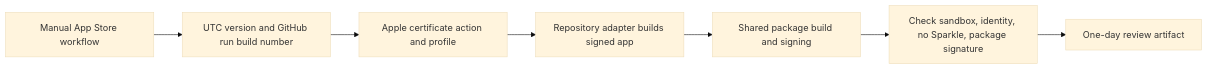
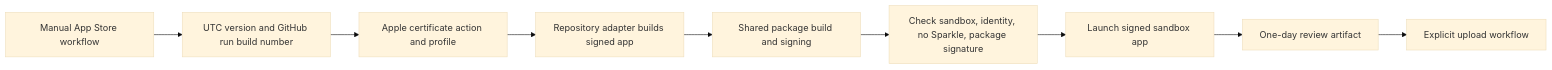
One commit to YunaBraska/YunaBraska changed the diagram in MACOS_APP_STORE.md. Above: the diagram before and after it, drawn with Mermaid (base theme). The commit also changed other lines of this file and 2 other files, not shown here.

Commit message:
feat: add app store upload workflow (#113)

````diff
--- a/MACOS_APP_STORE.md
+++ b/MACOS_APP_STORE.md
@@ -5,9 +5,11 @@
 ```mermaid
 flowchart LR
   M[Manual App Store workflow] --> V[UTC version and GitHub run build number]
   V --> S[Apple certificate action and profile]
   S --> A[Repository adapter builds signed app]
   A --> P[Shared package build and signing]
   P --> C[Check sandbox, identity, no Sparkle, package signature]
-  C --> R[One-day review artifact]
+  C --> T[Launch signed sandbox app]
+  T --> R[One-day review artifact]
+  R --> U[Explicit upload workflow]
 ```
````
